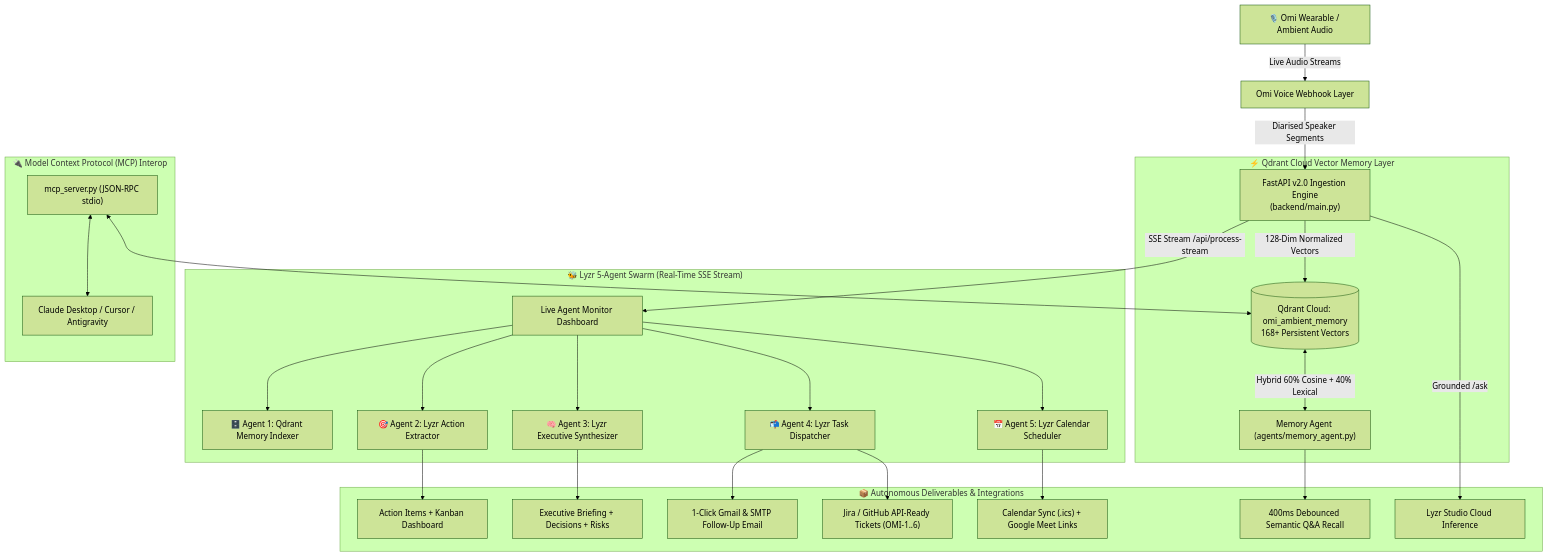
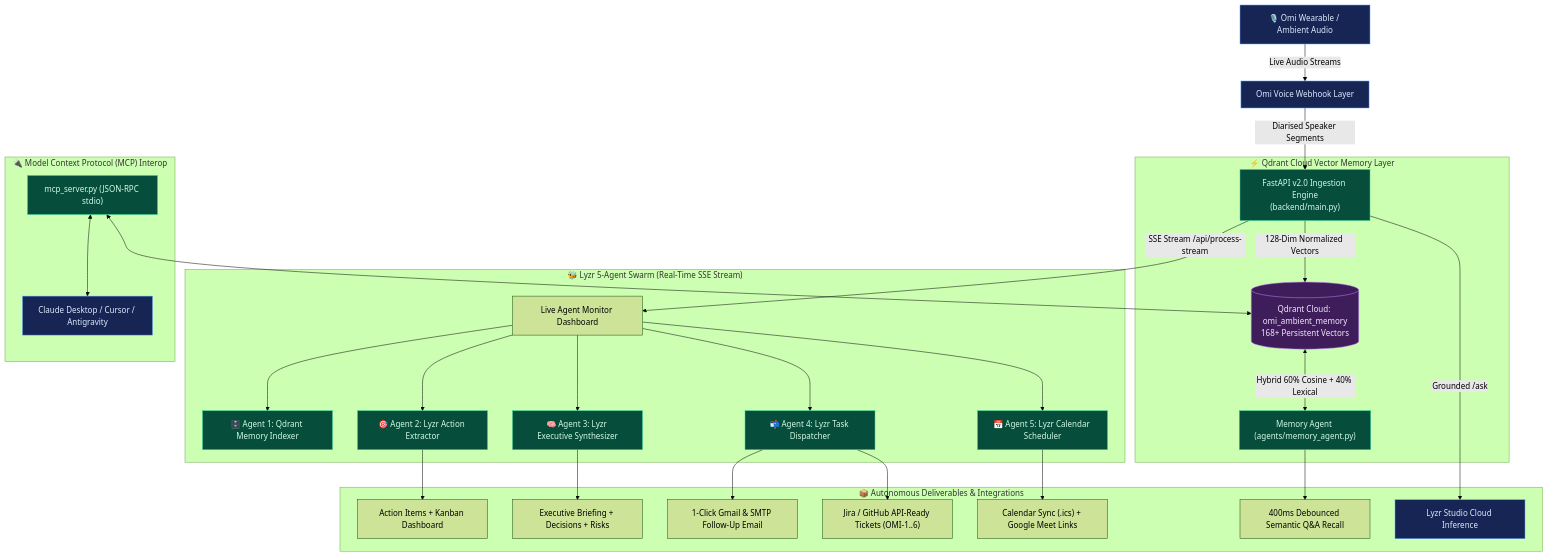
Before and after one commit to masood-mashu/omimind-agent: the diagram in README.md, drawn with Mermaid (forest theme). The commit also changed other lines of this file and 3 other files, not shown here.

Commit message:
docs: streamline all markdown documentation with pure Mermaid diagrams and authoritative engineering copy

````diff
--- a/README.md
+++ b/README.md
@@ -65,34 +63,41 @@
 ```mermaid
 flowchart TD
     User["🎙️ Omi Wearable / Ambient Audio"] -->|Live Audio Streams| Omi["Omi Voice Webhook Layer"]
     Omi -->|Diarised Speaker Segments| FastAPIServer["FastAPI v2.0 Ingestion Engine<br/>(backend/main.py)"]
 
     subgraph QDRANT ["⚡ Qdrant Cloud Vector Memory Layer"]
         FastAPIServer -->|128-Dim Normalized Vectors| Qdrant[("Qdrant Cloud: omi_ambient_memory<br/>168+ Persistent Vectors")]
         Qdrant <-->|Hybrid 60% Cosine + 40% Lexical| MemAgent["Memory Agent (agents/memory_agent.py)"]
     end
 
     subgraph LYZR ["🐝 Lyzr 5-Agent Swarm (Real-Time SSE Stream)"]
         FastAPIServer -->|SSE Stream /api/process-stream| Stream["Live Agent Monitor Dashboard"]
         Stream --> A1["🗄️ Agent 1: Qdrant Memory Indexer"]
         Stream --> A2["🎯 Agent 2: Lyzr Action Extractor"]
         Stream --> A3["🧠 Agent 3: Lyzr Executive Synthesizer"]
         Stream --> A4["📬 Agent 4: Lyzr Task Dispatcher"]
         Stream --> A5["📅 Agent 5: Lyzr Calendar Scheduler"]
     end
 
     subgraph OUTPUTS ["📦 Autonomous Deliverables & Integrations"]
         A2 --> Actions["Action Items + Kanban Dashboard"]
         A3 --> Dossier["Executive Briefing + Decisions + Risks"]
         A4 --> Email["1-Click Gmail & SMTP Follow-Up Email"]
         A4 --> Jira["Jira / GitHub API-Ready Tickets (OMI-1..6)"]
         A5 --> Calendar["Calendar Sync (.ics) + Google Meet Links"]
         MemAgent --> QnA["400ms Debounced Semantic Q&A Recall"]
         FastAPIServer -->|Grounded /ask| LyzrStudio["Lyzr Studio Cloud Inference"]
     end
 
     subgraph MCP ["🔌 Model Context Protocol (MCP) Interop"]
         MCP_Server["mcp_server.py (JSON-RPC stdio)"] <--> Qdrant
         MCP_Server <--> ExternalAgents["Claude Desktop / Cursor / Antigravity"]
     end
+
+    classDef external fill:#172554,stroke:#60a5fa,color:#dbeafe;
+    classDef service fill:#064e3b,stroke:#34d399,color:#d1fae5;
+    classDef store fill:#3f1d5b,stroke:#c084fc,color:#f3e8ff;
+    class User,Omi,LyzrStudio,ExternalAgents external;
+    class FastAPIServer,MemAgent,A1,A2,A3,A4,A5,MCP_Server service;
+    class Qdrant store;
 ```
````
